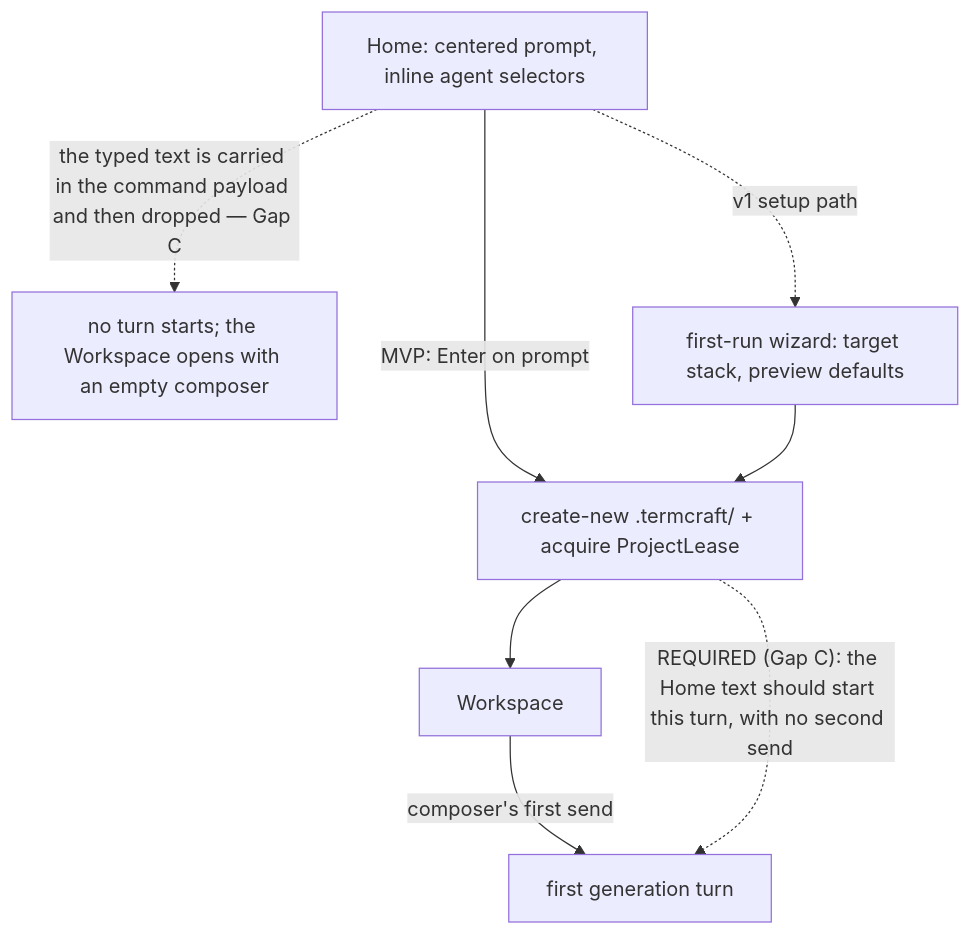
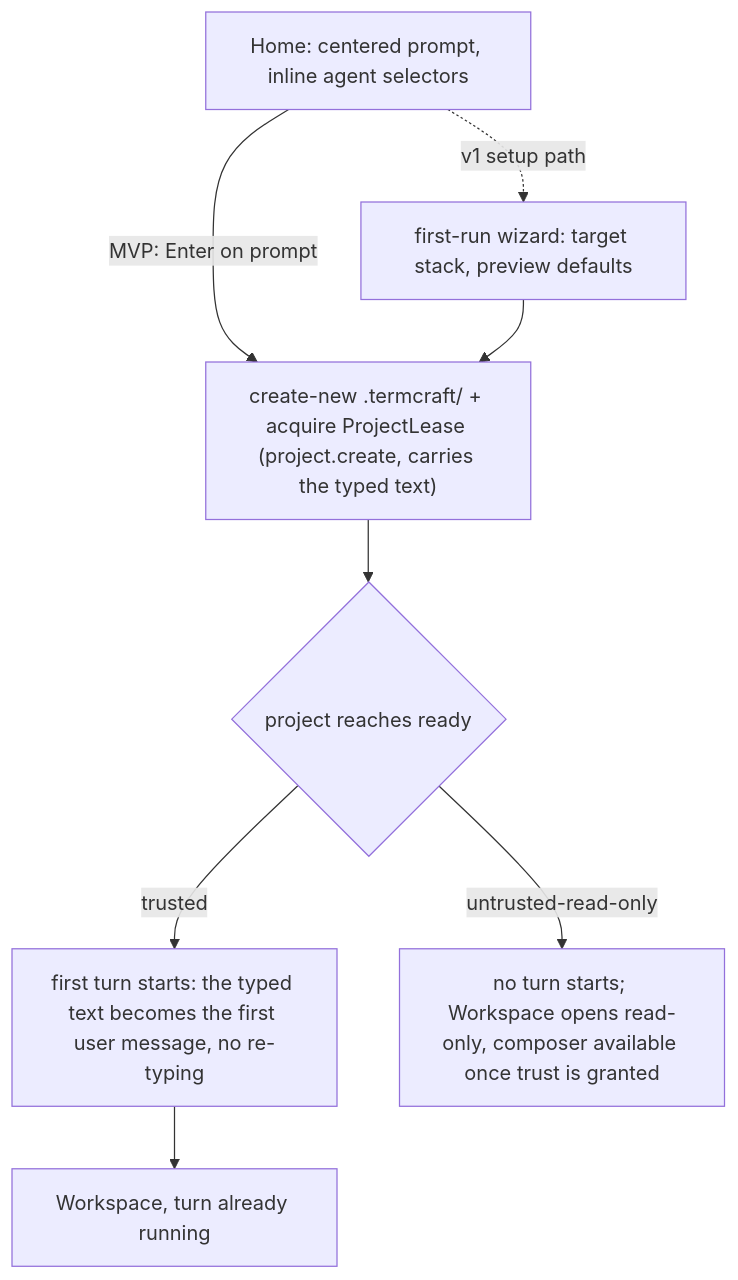
Before and after one commit to khmilevoi/termcraft: the second of 2 diagrams in docs/architecture/flows/launch.md, drawn with Mermaid. The commit also changed other lines of this file and 5 other files, not shown here.

First line of the commit message:
feat(core): start the first turn from the create/open text (Gap C, spec §3.1)

````diff
--- a/docs/architecture/flows/launch.md
+++ b/docs/architecture/flows/launch.md
@@ -28,10 +28,10 @@
 ```mermaid
 flowchart TD
-    home["Home: centered prompt, inline agent selectors"] -- "MVP: Enter on prompt" --> create["create-new .termcraft/ + acquire ProjectLease"]
-    home -. "the typed text is carried in the command payload and then dropped — Gap C" .-> lost["no turn starts; the Workspace opens with an empty composer"]
+    home["Home: centered prompt, inline agent selectors"] -- "MVP: Enter on prompt" --> create["create-new .termcraft/ + acquire ProjectLease (project.create, carries the typed text)"]
     home -. "v1 setup path" .-> wizard["first-run wizard: target stack, preview defaults"]
     wizard --> create
-    create --> ws["Workspace"]
-    ws -- "composer's first send" --> firstgen["first generation turn"]
-    create -. "REQUIRED (Gap C): the Home text should start this turn, with no second send" .-> firstgen
+    create --> ready{"project reaches ready"}
+    ready -- "trusted" --> firstgen["first turn starts: the typed text becomes the first user message, no re-typing"]
+    ready -- "untrusted-read-only" --> notrust["no turn starts; Workspace opens read-only, composer available once trust is granted"]
+    firstgen --> ws["Workspace, turn already running"]
 ```
````
